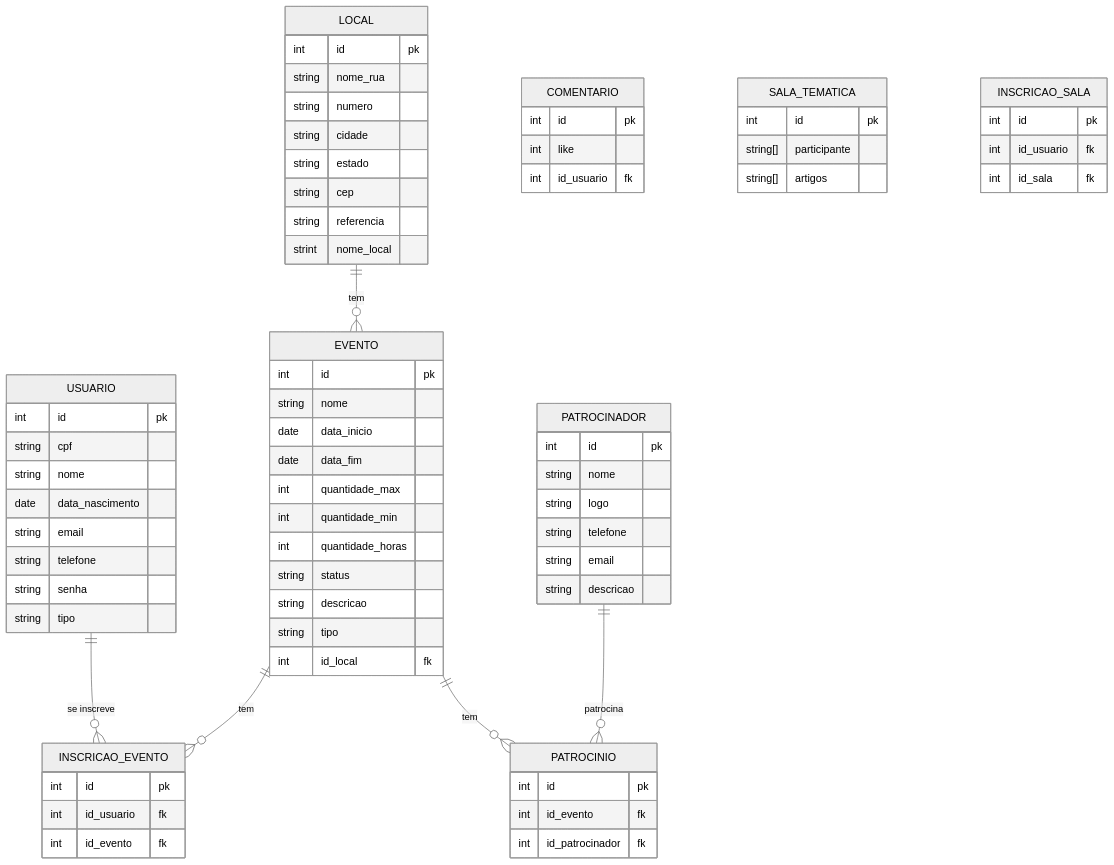
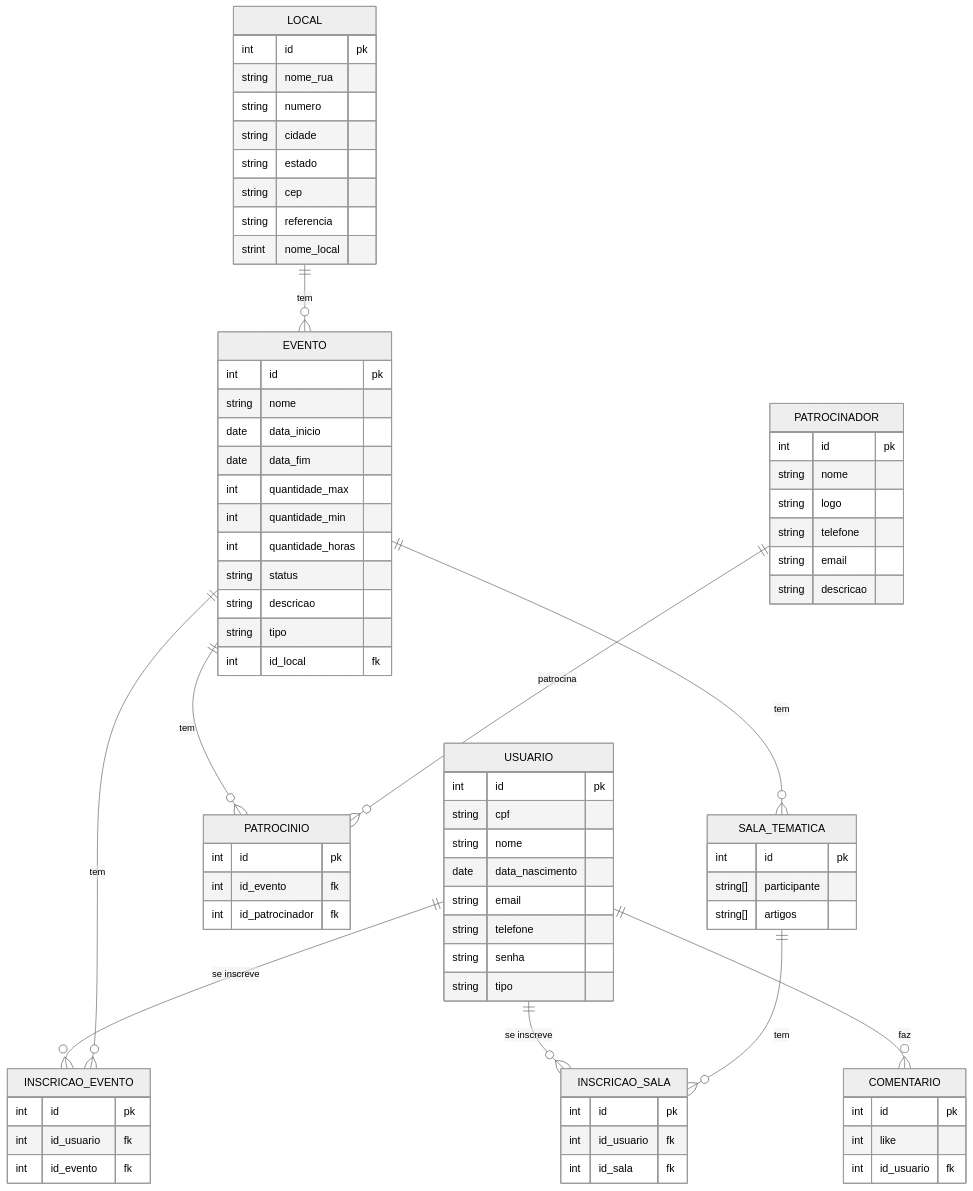
One commit to tallysdev/eventSync changed the diagram in docs/doc-visao.md. Above: the diagram before and after it, drawn with Mermaid (neutral theme).

Commit message:
docs: add relacionamentos no modelo ER #32

````diff
--- a/docs/doc-visao.md
+++ b/docs/doc-visao.md
@@ -198,4 +198,13 @@
     EVENTO ||--o{ PATROCINIO : "tem"
 
     PATROCINADOR ||--o{ PATROCINIO : "patrocina"
+
+    USUARIO ||--o{ COMENTARIO : "faz"
+
+    USUARIO ||--o{ INSCRICAO_SALA : "se inscreve"
+
+    SALA_TEMATICA ||--o{ INSCRICAO_SALA : "tem"
+
+    EVENTO ||--o{ SALA_TEMATICA : "tem"
+
 ```
````
